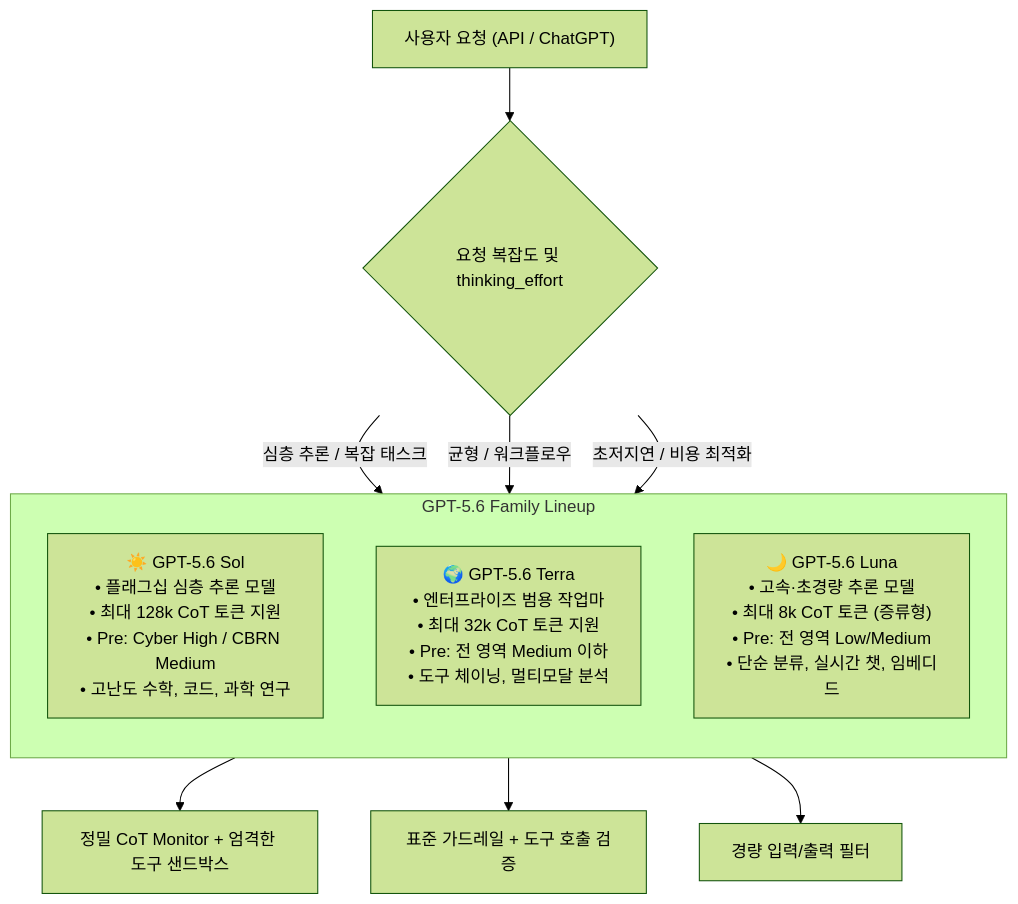
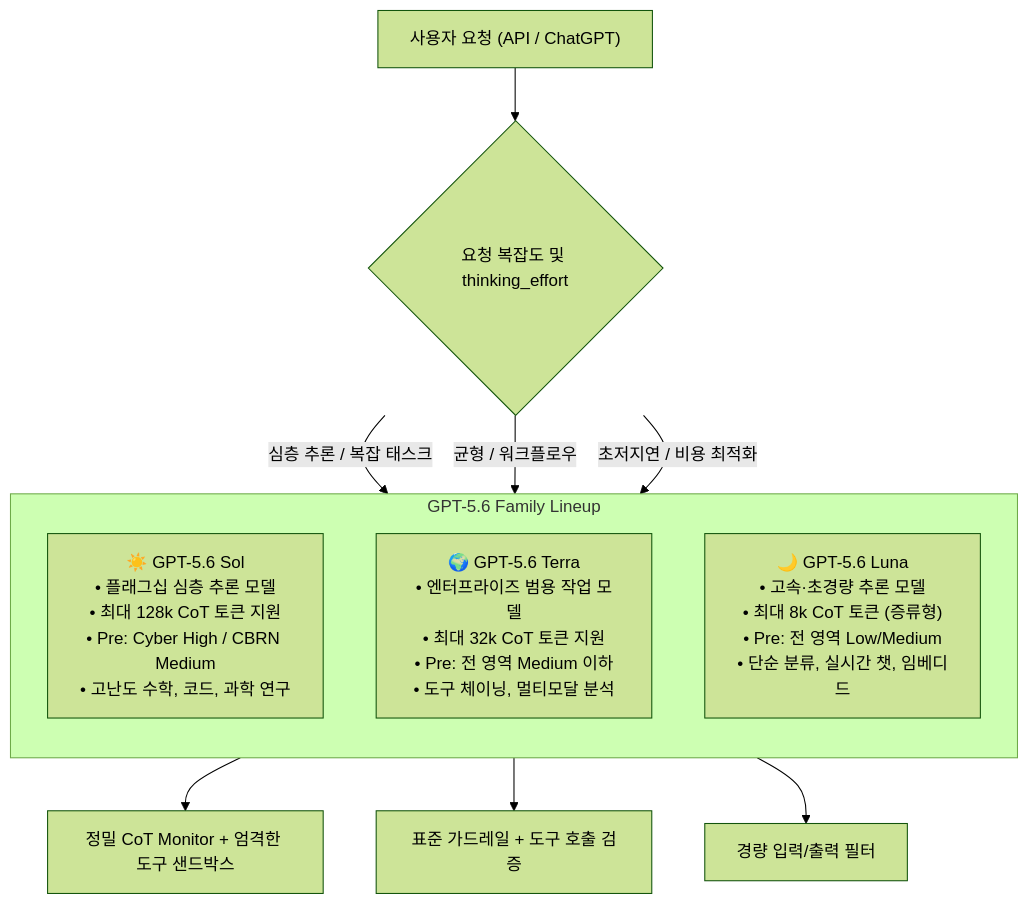
One commit to likerberi/corpuse changed the first of 6 diagrams in reviews/week-06/review_week06.md. Above: the diagram before and after it, drawn with Mermaid (forest theme). The commit also changed 2 other files, not shown here.

Commit message:
fix: correct FSF description in week-04 and retract wrong Gemini memo
FSF v3.1 원문(2026-04-17) 대조 결과 week-04 리뷰의 FSF 서술 5개 항목이
원문과 어긋나는 것을 확인. 본문은 기록 보존을 위해 유지하고 상단에
정정 고지를 추가, 대체 서술은 week-07 §3.3으로 연결.

- "Early Warning Thresholds(EWT)"라는 명명된 장치는 FSF에 없음.
  실제 용어는 alert thresholds(경보 임계치)
- C_EW = C_crit - Δ_margin 수식과 "연산량 6~10배 이전" 정량 기준은
  원문에 존재하지 않음. 안전 버퍼는 평가 주기 기준으로 정의됨
- 위험 범주는 CBRN/Cyber/Harmful Manipulation + ML R&D·Misalignment
  (Self-Replication/Persuasion 4분류 아님)
- 보안 등급은 자체 SL-1~4가 아니라 RAND 모델 가중치 보안 프레임워크
  정렬 (SL 2+ / 3 / 4)
- 거버넌스는 특정 기구명이 아니라 "appropriate governance function"

reading_list 정정:
- 지난 커밋에서 "커리큘럼의 Gemini 3.7 Flash는 실재하지 않는 것으로
  보인다"는 메모를 달았으나 사실과 다름. Gemini 3.7 Flash는 2026-08
  공개된 실제 모델이며 전용 Frontier Safety Report까지 발행되어 있음.
  검색 결과만으로 부재를 단정한 것이 원인
- 링크 검증 규칙에 "존재하지 않는다고 단정하지 말 것" 항목 추가
- DeepMind 섹션을 FSF 버전 이력 / 모델별 판정서 / 모델 카드로 재구성
- RAND Securing AI Model Weights 추가 (FSF 보안 등급 기준 문서)

week-06 mermaid 다이어그램 오타 수정 (작업마 → 작업 모델)

````diff
--- a/reviews/week-06/review_week06.md
+++ b/reviews/week-06/review_week06.md
@@ -42,19 +42,19 @@
 ```mermaid
 flowchart TD
     UserReq["사용자 요청 (API / ChatGPT)"] --> TierRouter{"요청 복잡도 및 thinking_effort"}
     
     subgraph GPT56_Family["GPT-5.6 Family Lineup"]
         direction TB
         Sol["☀️ GPT-5.6 Sol<br/>• 플래그십 심층 추론 모델<br/>• 최대 128k CoT 토큰 지원<br/>• Pre: Cyber High / CBRN Medium<br/>• 고난도 수학, 코드, 과학 연구"]
-        Terra["🌍 GPT-5.6 Terra<br/>• 엔터프라이즈 범용 작업마<br/>• 최대 32k CoT 토큰 지원<br/>• Pre: 전 영역 Medium 이하<br/>• 도구 체이닝, 멀티모달 분석"]
+        Terra["🌍 GPT-5.6 Terra<br/>• 엔터프라이즈 범용 작업 모델<br/>• 최대 32k CoT 토큰 지원<br/>• Pre: 전 영역 Medium 이하<br/>• 도구 체이닝, 멀티모달 분석"]
         Luna["🌙 GPT-5.6 Luna<br/>• 고속·초경량 추론 모델<br/>• 최대 8k CoT 토큰 (증류형)<br/>• Pre: 전 영역 Low/Medium<br/>• 단순 분류, 실시간 챗, 임베디드"]
     end
 
     TierRouter -- "심층 추론 / 복잡 태스크" --> Sol
     TierRouter -- "균형 / 워크플로우" --> Terra
     TierRouter -- "초저지연 / 비용 최적화" --> Luna
 
     Sol --> SolGuard["정밀 CoT Monitor + 엄격한 도구 샌드박스"]
     Terra --> TerraGuard["표준 가드레일 + 도구 호출 검증"]
     Luna --> LunaGuard["경량 입력/출력 필터"]
 ```
````
